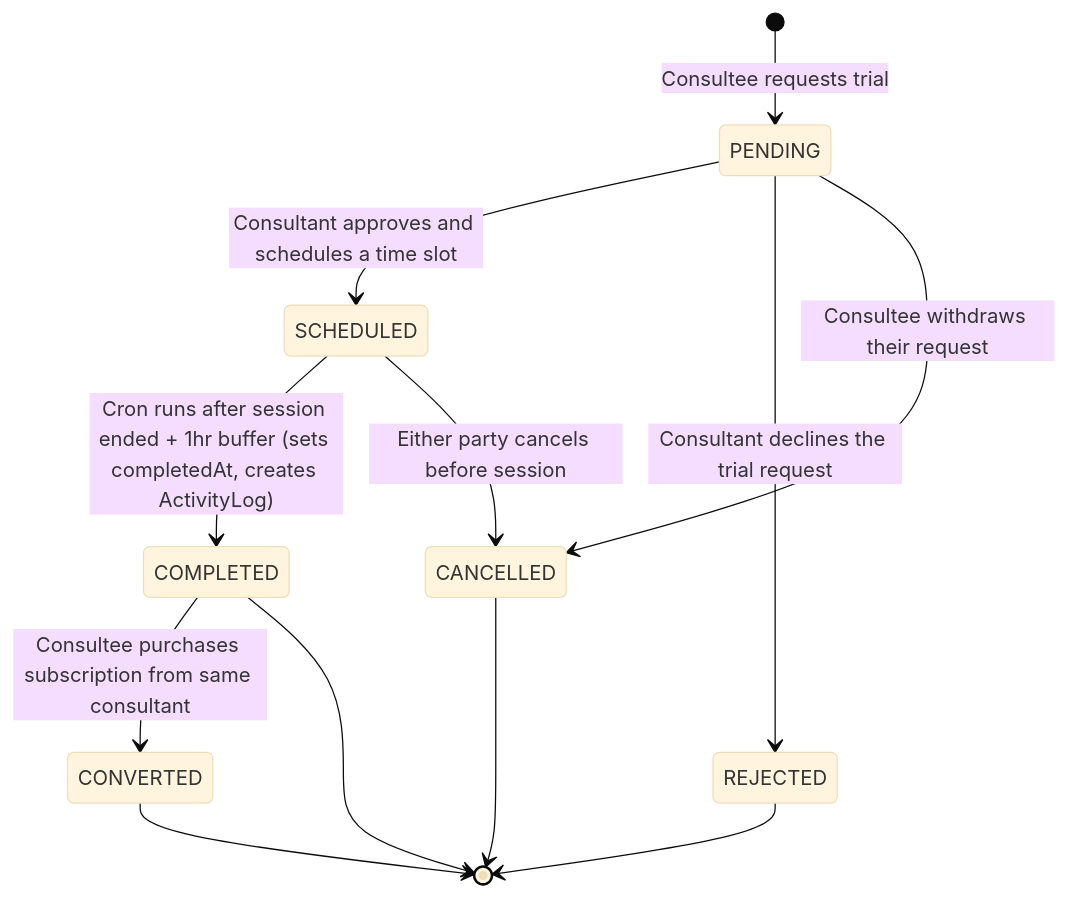
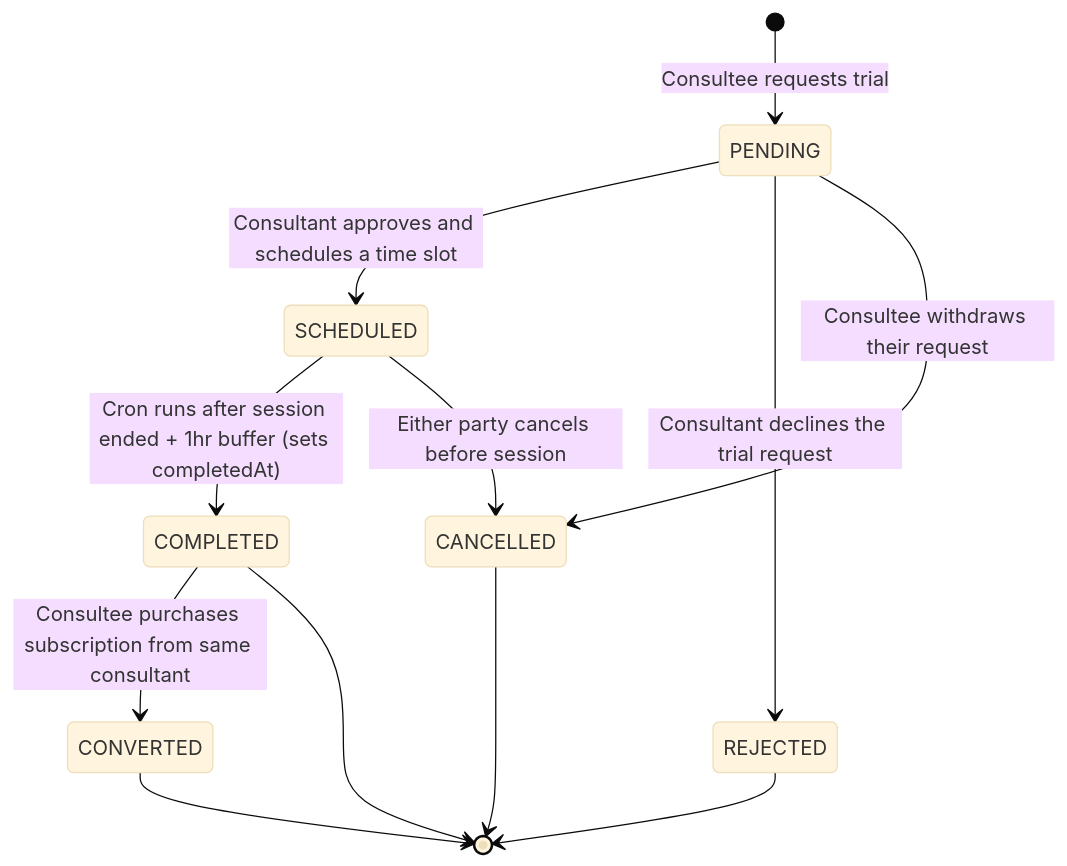
Before and after one commit to Practitionist/familiarise_web: diagram 12 of 16 in docs/booking/06-booking-lifecycle.md, drawn with Mermaid (base theme). The commit also changed other lines of this file and 33 other files, not shown here.

````diff
--- a/docs/booking/06-booking-lifecycle.md
+++ b/docs/booking/06-booking-lifecycle.md
@@ -944,18 +941,18 @@
 ```mermaid
 stateDiagram-v2
     [*] --> PENDING: Consultee requests trial
 
     PENDING --> SCHEDULED: Consultant approves and schedules a time slot
     PENDING --> REJECTED: Consultant declines the trial request
     PENDING --> CANCELLED: Consultee withdraws their request
 
-    SCHEDULED --> COMPLETED: Cron runs after session ended + 1hr buffer (sets completedAt, creates ActivityLog)
+    SCHEDULED --> COMPLETED: Cron runs after session ended + 1hr buffer (sets completedAt)
     SCHEDULED --> CANCELLED: Either party cancels before session
 
     COMPLETED --> CONVERTED: Consultee purchases subscription from same consultant
 
     CONVERTED --> [*]
     COMPLETED --> [*]
     REJECTED --> [*]
     CANCELLED --> [*]
 ```
````
